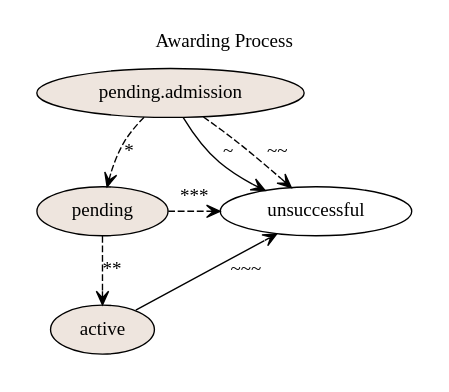
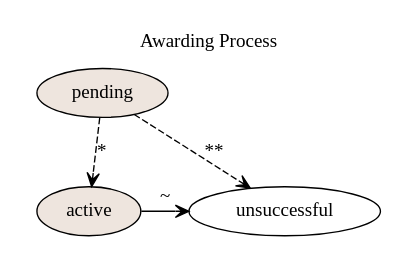
Before and after one commit to openprocurement/openprocurement.auctions.appraisal: the first of 4 diagrams in docs/source/awardWorkflow.rst, drawn with Graphviz. The commit also changed other lines of this file, not shown here.

```diff
--- a/docs/source/awardWorkflow.rst
+++ b/docs/source/awardWorkflow.rst
@@ -13,23 +13,18 @@
 .. graphviz::
 
     digraph G {
         subgraph cluster_1 {
             node [style=filled, fillcolor=seashell2];
             edge[style=dashed,  arrowhead="vee", label="*"];
-            "pending.admission" -> "pending";
-            edge[style=dashed,  arrowhead="vee", label="**"];
             "pending" -> "active";
             node [style=filled, fillcolor=white];
+
+            edge[style=dashed,  arrowhead="vee",  label="**", constraint=false];
+            "pending" -> "unsuccessful";
             edge[style=solid,  arrowhead="vee", label="~", constraint=false];
-            "pending.admission" -> "unsuccessful";
-            edge[style=dashed,  arrowhead="vee", label="~~", constraint=false];
-            "pending.admission" -> "unsuccessful";
-            edge[style=dashed,  arrowhead="vee",  label="***", constraint=false];
-            "pending" -> "unsuccessful";
-            edge[style=solid,  arrowhead="vee", label="~~~", constraint=false];
             "active" -> "unsuccessful"; 
             label = "Awarding Process";
             color=white
-            {rank=same; "pending" "unsuccessful"}
+            {rank=same; "active" "unsuccessful"}
         }
     }
```
